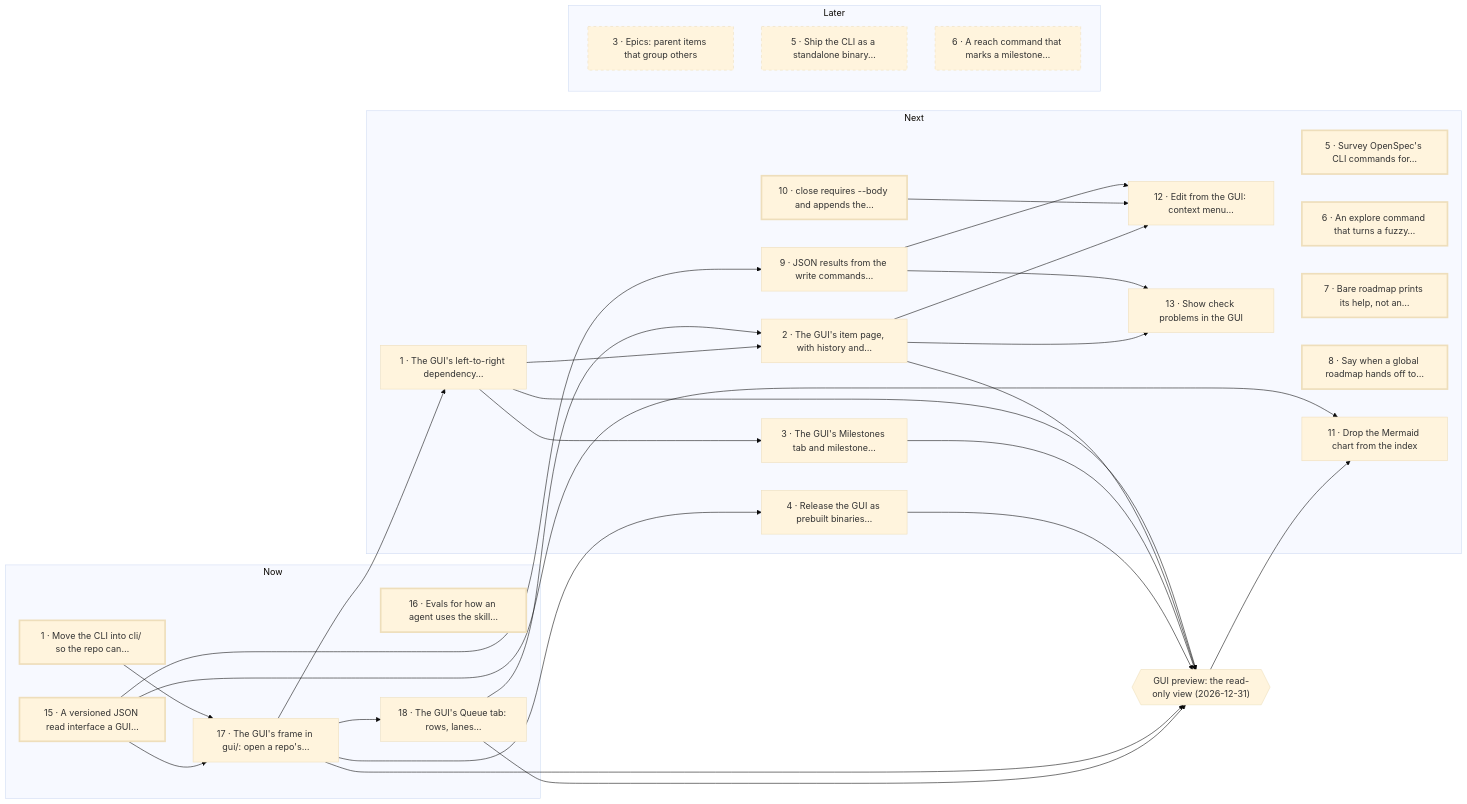
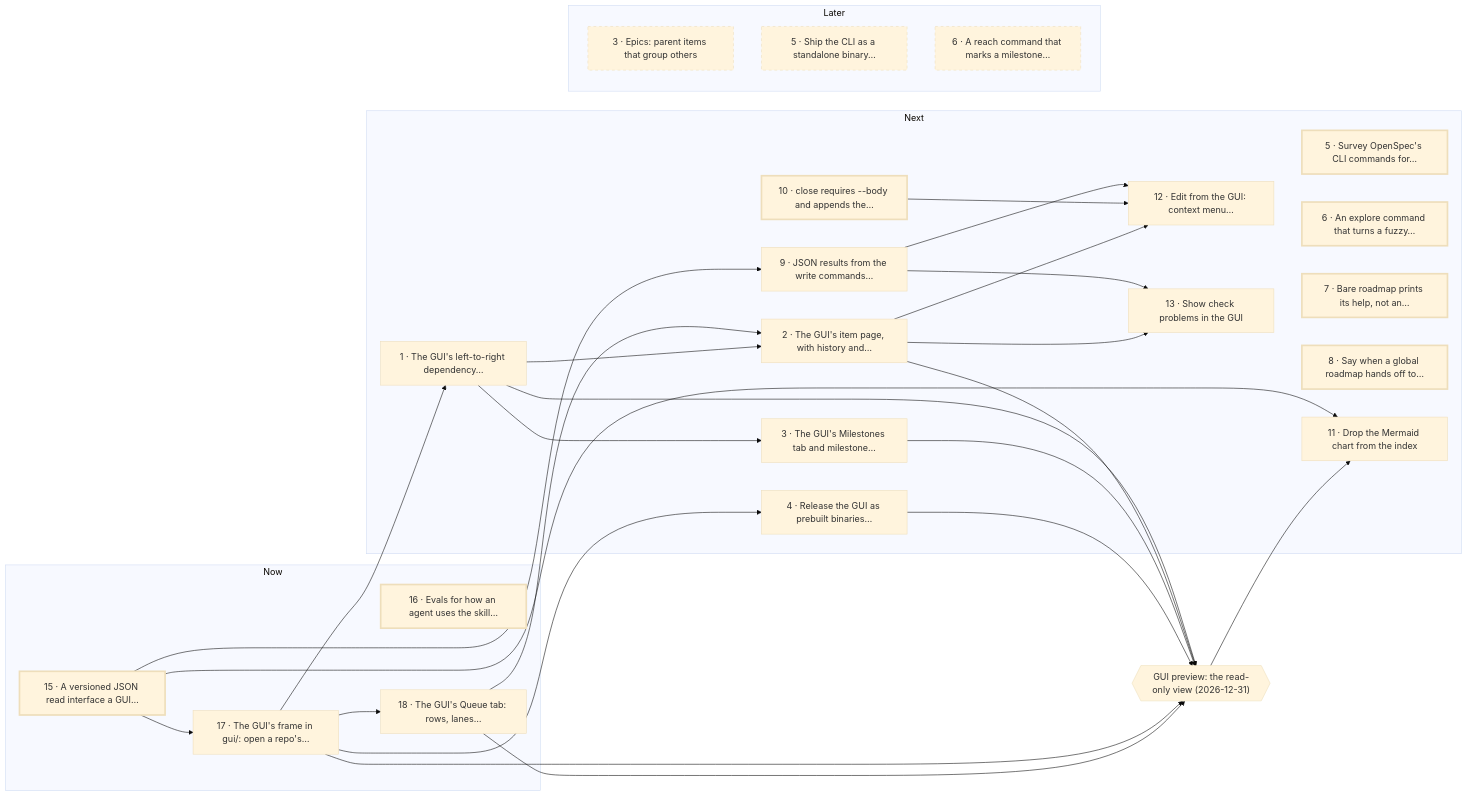
One commit to carby/simple-agentic-roadmap-skill changed the diagram in roadmap/README.md. Above: the diagram before and after it, drawn with Mermaid (base theme). The commit also changed other lines of this file and 5 other files, not shown here.

Commit message:
docs(roadmap): close monorepo-move as #42

````diff
--- a/roadmap/README.md
+++ b/roadmap/README.md
@@ -42,58 +42,56 @@
 ```mermaid
 flowchart LR
   subgraph b_now ["Now"]
-    i_monorepo_move["1 · Move the CLI into cli/ so the repo can…"]
     i_gui_read_interface["15 · A versioned JSON read interface a GUI…"]
     i_agent_behaviour_evals["16 · Evals for how an agent uses the skill…"]
     i_gui_scaffold["17 · The GUI's frame in gui/: open a repo's…"]
     i_gui_queue["18 · The GUI's Queue tab: rows, lanes…"]
   end
   subgraph b_next ["Next"]
     i_gui_dependency_graph["1 · The GUI's left-to-right dependency…"]
     i_gui_item_page["2 · The GUI's item page, with history and…"]
     i_gui_milestones["3 · The GUI's Milestones tab and milestone…"]
     i_gui_release["4 · Release the GUI as prebuilt binaries…"]
     i_openspec_command_parity["5 · Survey OpenSpec's CLI commands for…"]
     i_explore_command["6 · An explore command that turns a fuzzy…"]
     i_help_without_command["7 · Bare roadmap prints its help, not an…"]
     i_handoff_override["8 · Say when a global roadmap hands off to…"]
     i_json_write_results["9 · JSON results from the write commands…"]
     i_close_body["10 · close requires --body and appends the…"]
     i_drop_mermaid["11 · Drop the Mermaid chart from the index"]
     i_gui_editing["12 · Edit from the GUI: context menu…"]
     i_gui_check_panel["13 · Show check problems in the GUI"]
   end
   subgraph b_later ["Later"]
     i_epics["3 · Epics: parent items that group others"]
     i_standalone_binary["5 · Ship the CLI as a standalone binary…"]
     i_reach_command["6 · A reach command that marks a milestone…"]
   end
   b_now ~~~ b_next ~~~ b_later
-  i_monorepo_move --> i_gui_scaffold
   i_gui_read_interface --> i_gui_scaffold
   i_gui_scaffold --> i_gui_queue
   i_gui_scaffold --> i_gui_dependency_graph
   i_gui_queue --> i_gui_item_page
   i_gui_dependency_graph --> i_gui_item_page
   i_gui_dependency_graph --> i_gui_milestones
   i_gui_scaffold --> i_gui_release
   i_gui_read_interface --> i_json_write_results
   i_gui_read_interface --> i_drop_mermaid
   i_json_write_results --> i_gui_editing
   i_close_body --> i_gui_editing
   i_gui_item_page --> i_gui_editing
   i_json_write_results --> i_gui_check_panel
   i_gui_item_page --> i_gui_check_panel
   m_gui_preview{{"GUI preview: the read-only view (2026-12-31)"}}
   i_gui_scaffold --> m_gui_preview
   i_gui_queue --> m_gui_preview
   i_gui_dependency_graph --> m_gui_preview
   i_gui_item_page --> m_gui_preview
   i_gui_milestones --> m_gui_preview
   i_gui_release --> m_gui_preview
   m_gui_preview --> i_drop_mermaid
   classDef ready stroke-width: 3px
-  class i_monorepo_move,i_gui_read_interface,i_agent_behaviour_evals,i_openspec_command_parity,i_explore_command,i_help_without_command,i_handoff_override,i_close_body ready
+  class i_gui_read_interface,i_agent_behaviour_evals,i_openspec_command_parity,i_explore_command,i_help_without_command,i_handoff_override,i_close_body ready
   classDef later stroke-dasharray: 5 5
   class i_epics,i_standalone_binary,i_reach_command later
 ```
````
